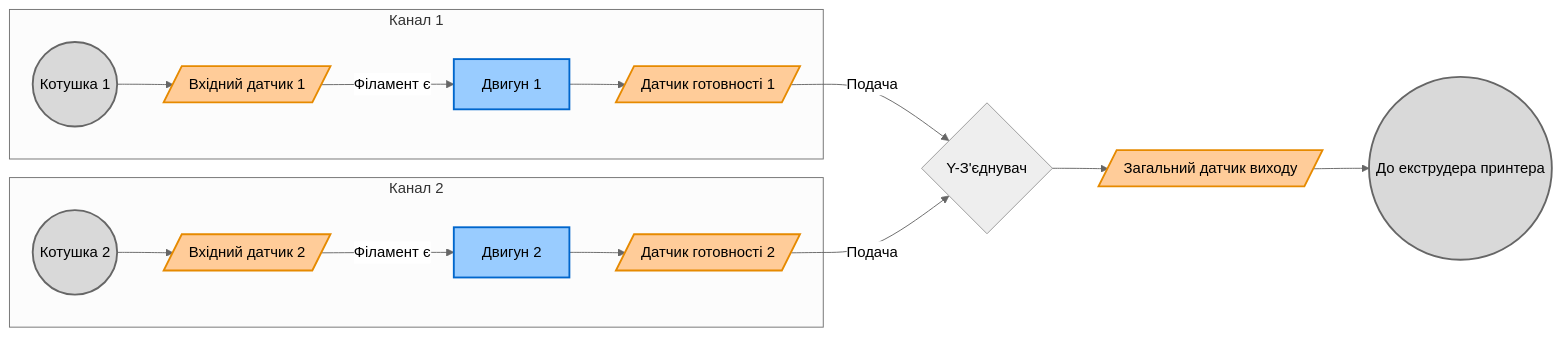
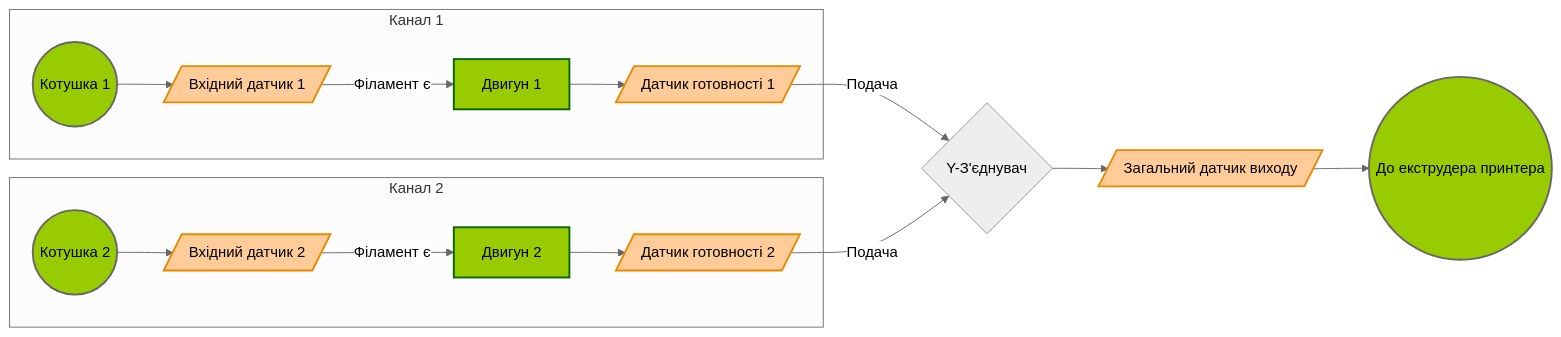
One commit to erGoSky/autoloader changed the diagram in docs/architecture.md. Above: the diagram before and after it, drawn with Mermaid (neutral theme).

Commit message:
no message

````diff
--- a/docs/architecture.md
+++ b/docs/architecture.md
@@ -18,31 +18,31 @@
 ```mermaid
 graph LR
     subgraph Канал 1
         F1((Котушка 1)) --> S_IN_1[/Вхідний датчик 1/]
         S_IN_1 -->|Філамент є| M1[Двигун 1]
         M1 --> S_RDY_1[/Датчик готовності 1/]
     end
 
     subgraph Канал 2
         F2((Котушка 2)) --> S_IN_2[/Вхідний датчик 2/]
         S_IN_2 -->|Філамент є| M2[Двигун 2]
         M2 --> S_RDY_2[/Датчик готовності 2/]
     end
 
     %% Злиття потоків
     S_RDY_1 -->|Подача| Y{Y-З'єднувач}
     S_RDY_2 -->|Подача| Y
 
     %% Загальний вихід
     Y --> S_OUT[/Загальний датчик виходу/]
     S_OUT --> P((До екструдера принтера))
 
     %% Стилізація елементів
     classDef sensor fill:#ffcc99,stroke:#e68a00,stroke-width:2px;
-    classDef motor fill:#99ccff,stroke:#0066cc,stroke-width:2px;
-    classDef spool fill:#d9d9d9,stroke:#666,stroke-width:2px;
+    classDef motor fill:#99cc00,stroke:#006600,stroke-width:2px;
+    classDef spool fill:#99cc00,stroke:#666,stroke-width:2px;
     
     class S_IN_1,S_IN_2,S_RDY_1,S_RDY_2,S_OUT sensor;
     class M1,M2 motor;
     class F1,F2,P spool;
 ```
````
